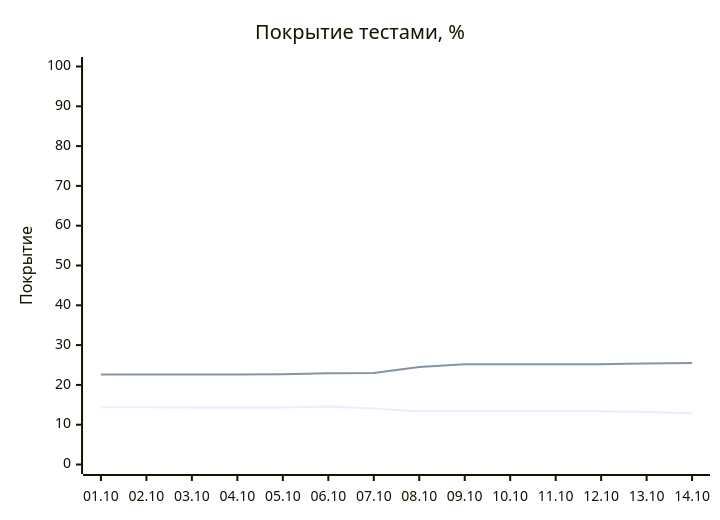
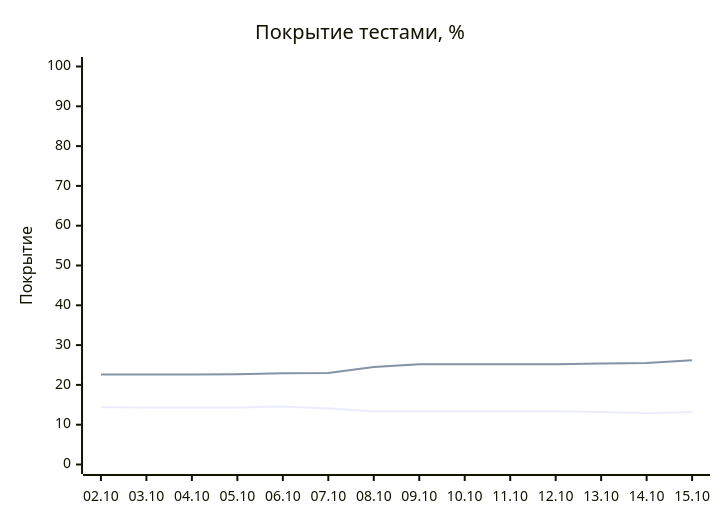
Before and after one commit to EvgeniBondarev/coverage-report: the diagram in README.md, drawn with Mermaid. The commit also changed other lines of this file and 3068 other files, not shown here.

````diff
--- a/README.md
+++ b/README.md
@@ -19,8 +19,8 @@
 ```mermaid
 xychart-beta
     title "Покрытие тестами, %"
-    x-axis ["01.10", "02.10", "03.10", "04.10", "05.10", "06.10", "07.10", "08.10", "09.10", "10.10", "11.10", "12.10", "13.10", "14.10"]
+    x-axis ["02.10", "03.10", "04.10", "05.10", "06.10", "07.10", "08.10", "09.10", "10.10", "11.10", "12.10", "13.10", "14.10", "15.10"]
     y-axis "Покрытие" 0 --> 100
-    line [14.4, 14.4, 14.3, 14.3, 14.3, 14.6, 14.1, 13.4, 13.4, 13.4, 13.4, 13.4, 13.2, 12.9]
-    line [22.6, 22.6, 22.6, 22.6, 22.7, 22.9, 23, 24.5, 25.2, 25.2, 25.2, 25.2, 25.4, 25.5]
+    line [14.4, 14.3, 14.3, 14.3, 14.6, 14.1, 13.4, 13.4, 13.4, 13.4, 13.4, 13.2, 12.9, 13.2]
+    line [22.6, 22.6, 22.6, 22.7, 22.9, 23, 24.5, 25.2, 25.2, 25.2, 25.2, 25.4, 25.5, 26.2]
 ```
````
